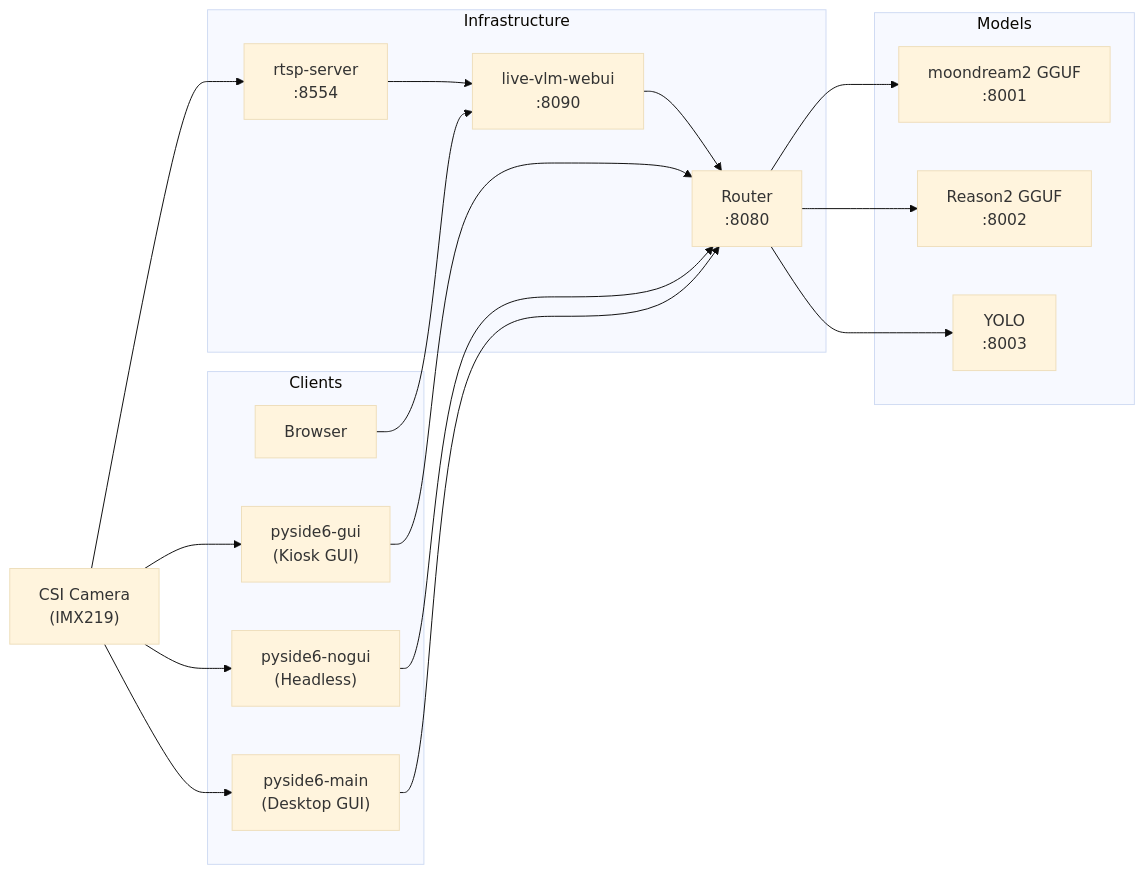
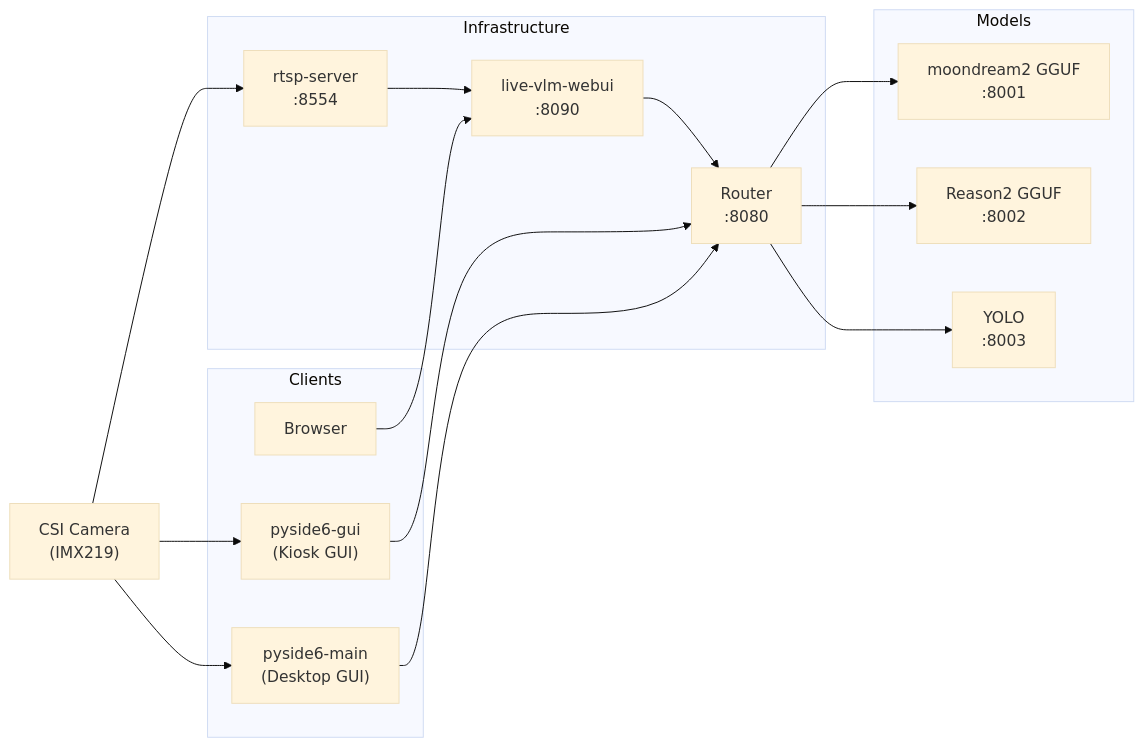
The diagram in readme.md (ccbruce0812/nikko-vlm-webui), drawn with Mermaid (base theme) before and after one commit. The commit also changed other lines of this file and 8 other files, not shown here.

Commit message:
1. Remove pyside6-nogui. 2. Add pidfile mechanism.

````diff
--- a/readme.md
+++ b/readme.md
@@ -9,35 +16,32 @@
 ```mermaid
 flowchart LR
     subgraph Clients["Clients"]
         Browser["Browser"]
         Kiosk["pyside6-gui<br/>(Kiosk GUI)"]
-        Nogui["pyside6-nogui<br/>(Headless)"]
         Desktop["pyside6-main<br/>(Desktop GUI)"]
     end
 
     subgraph Infra["Infrastructure"]
         WebUI["live-vlm-webui<br/>:8090"]
         RTSP["rtsp-server<br/>:8554"]
         Router["Router<br/>:8080"]
     end
 
     subgraph Models["Models"]
         Moon["moondream2 GGUF<br/>:8001"]
         Cosmos["Reason2 GGUF<br/>:8002"]
         YOLO["YOLO<br/>:8003"]
     end
 
     CSI["CSI Camera<br/>(IMX219)"]
 
     Browser --> WebUI --> Router
     CSI --> RTSP --> WebUI
     CSI --> Kiosk
-    CSI --> Nogui
     CSI --> Desktop
     Kiosk --> Router
-    Nogui --> Router
     Desktop --> Router
     Router --> Moon
     Router --> Cosmos
     Router --> YOLO
 ```
````
